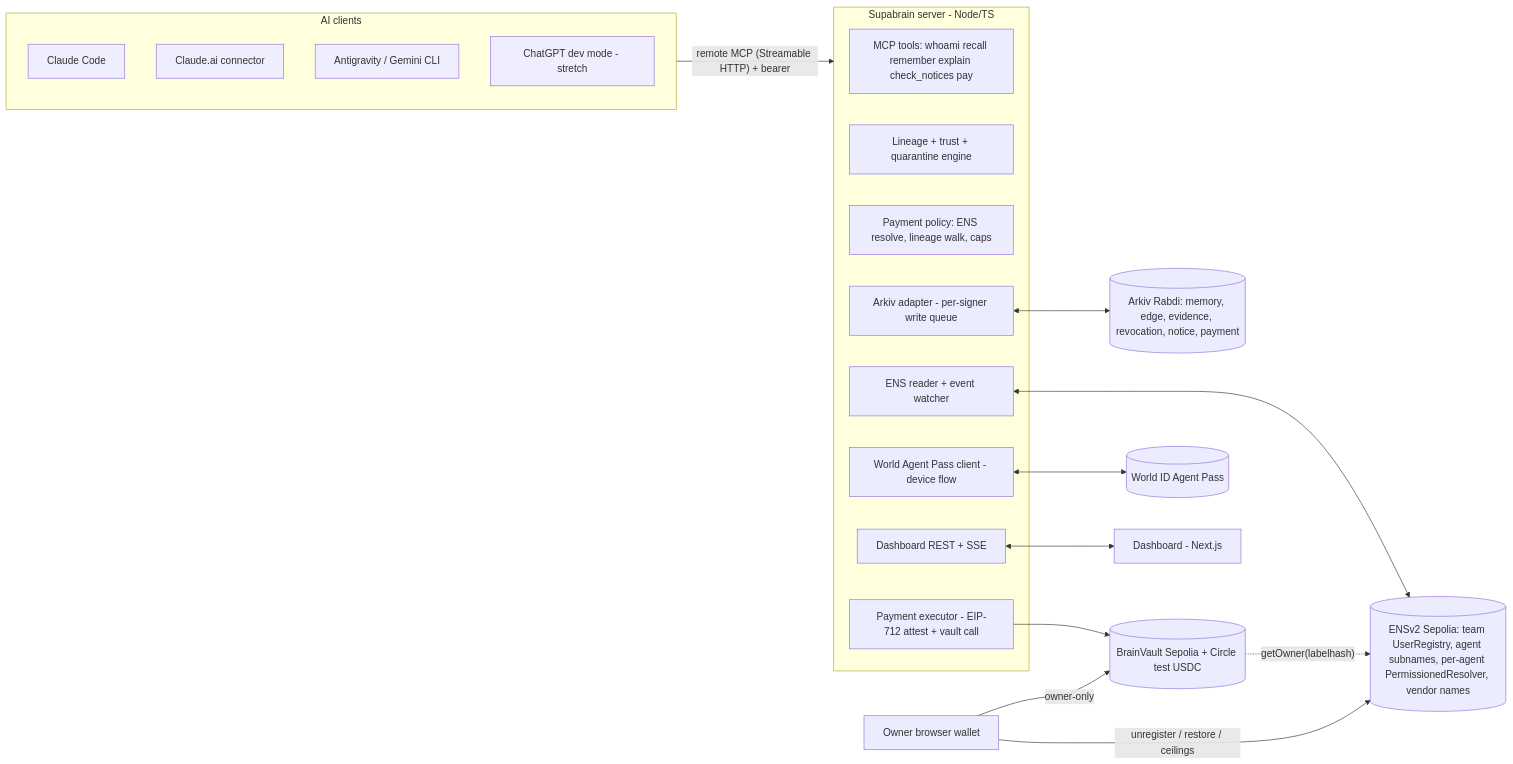
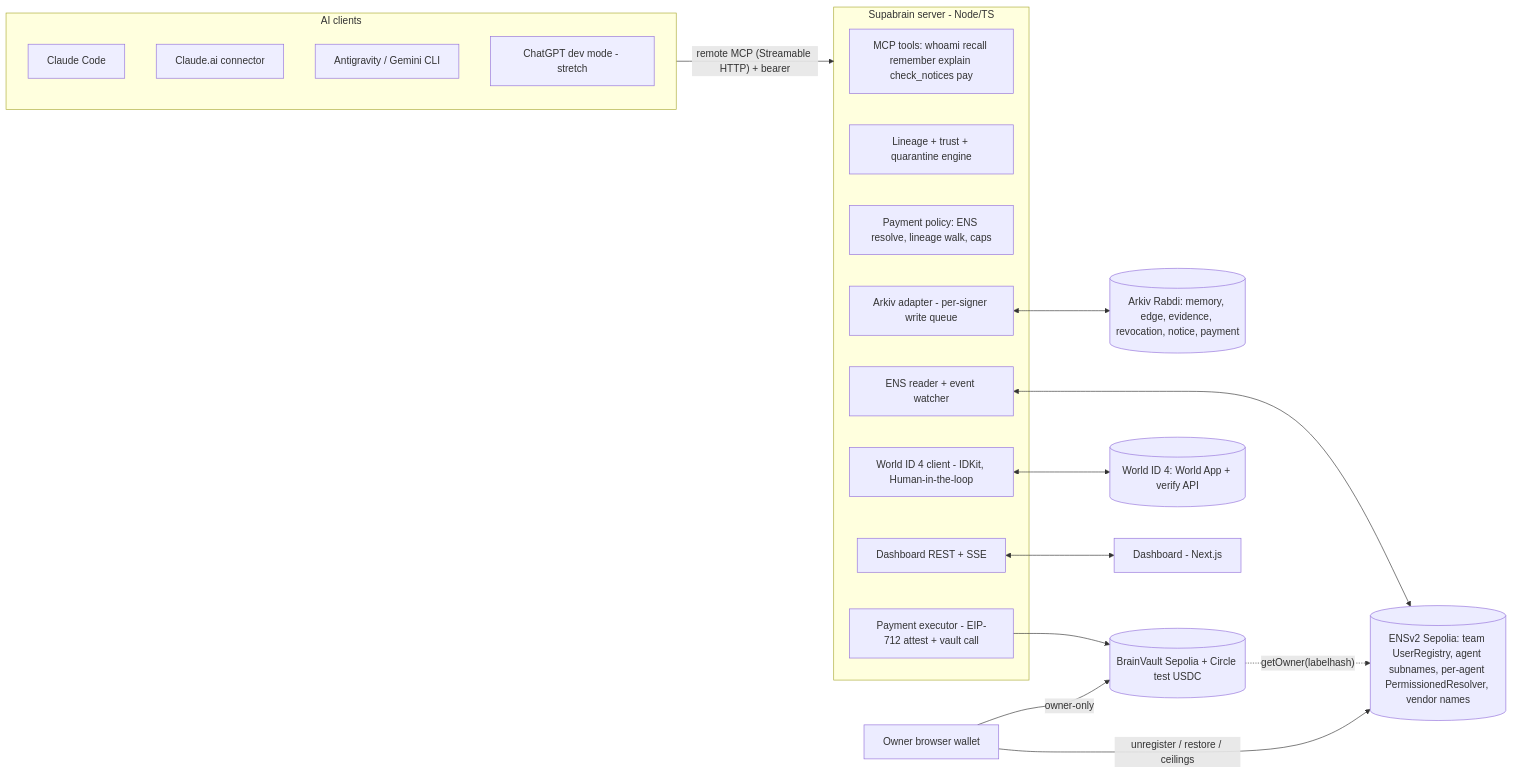
Before and after one commit to Kai-972/SupaBrain: the diagram in PROJECT.md, drawn with Mermaid. The commit also changed other lines of this file and 1 other file, not shown here.

First line of the commit message:
docs(project): World section reflects IDKit 4 and real proofs

````diff
--- a/PROJECT.md
+++ b/PROJECT.md
@@ -157,29 +157,29 @@
 ```mermaid
 flowchart LR
   subgraph Clients[AI clients]
     CC[Claude Code]:::c
     CA[Claude.ai connector]:::c
     AG[Antigravity / Gemini CLI]:::c
     GP[ChatGPT dev mode - stretch]:::c
   end
   Clients -- "remote MCP (Streamable HTTP) + bearer" --> S
   subgraph S[Supabrain server - Node/TS]
     MCP[MCP tools: whoami recall remember explain check_notices pay]
     LIN[Lineage + trust + quarantine engine]
     POL[Payment policy: ENS resolve, lineage walk, caps]
-    WID[World Agent Pass client - device flow]
+    WID[World ID 4 client - IDKit, Human-in-the-loop]
     ARK[Arkiv adapter - per-signer write queue]
     ENSR[ENS reader + event watcher]
     PAY[Payment executor - EIP-712 attest + vault call]
     API[Dashboard REST + SSE]
   end
   ARK <--> AR[(Arkiv Rabdi: memory, edge, evidence, revocation, notice, payment)]
   ENSR <--> ENS[(ENSv2 Sepolia: team UserRegistry, agent subnames, per-agent PermissionedResolver, vendor names)]
   PAY --> V[(BrainVault Sepolia + Circle test USDC)]
   V -. getOwner(labelhash) .-> ENS
-  WID <--> W[(World ID Agent Pass)]
+  WID <--> W[(World ID 4: World App + verify API)]
   API <--> WEB[Dashboard - Next.js]
   OWN[Owner browser wallet] -- unregister / restore / ceilings --> ENS
   OWN -- owner-only --> V
   classDef c fill:#eef
 ```
````
